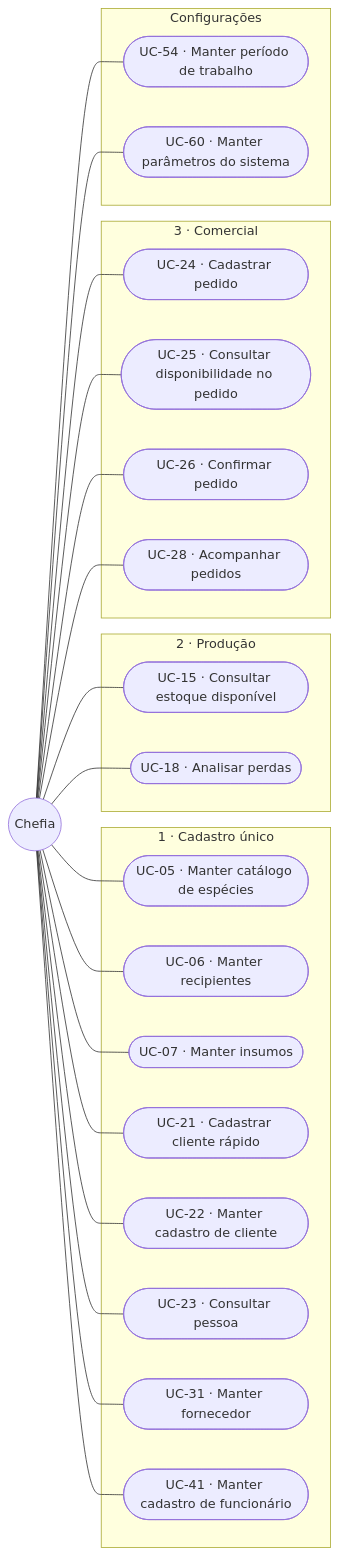
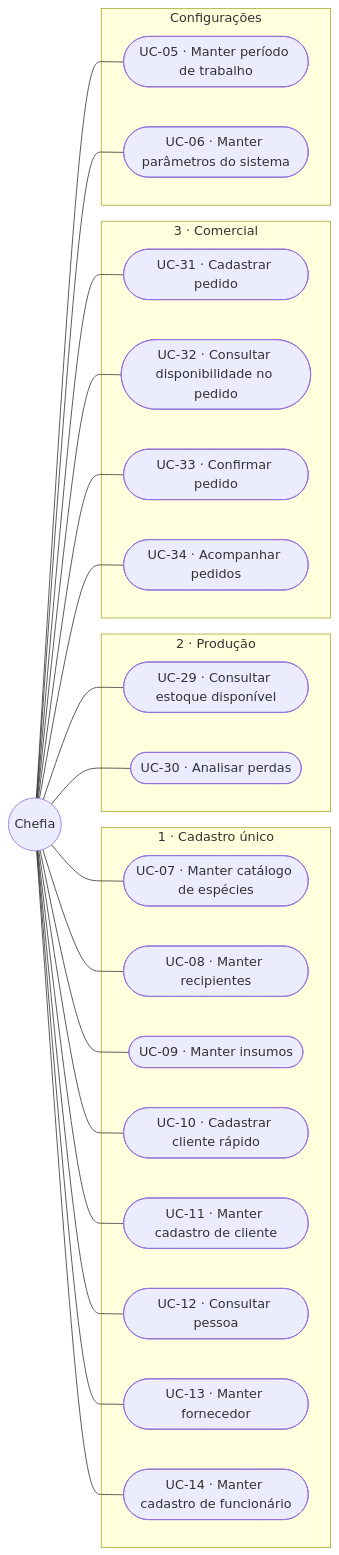
The second of 4 diagrams in docs/engenharia/C-modelagem/C1-diagrama-casos-de-uso.md (JoaoMudar/tcc), drawn with Mermaid before and after one commit. The commit also changed other lines of this file and 53 other files, not shown here.

````diff
--- a/docs/engenharia/C-modelagem/C1-diagrama-casos-de-uso.md
+++ b/docs/engenharia/C-modelagem/C1-diagrama-casos-de-uso.md
@@ -117,49 +117,49 @@
 ```mermaid
 graph LR
   CH(("Chefia"))
 
   subgraph M1["1 · Cadastro único"]
-    UC05(["UC-05 · Manter catálogo de espécies"])
-    UC06(["UC-06 · Manter recipientes"])
-    UC07(["UC-07 · Manter insumos"])
-    UC21(["UC-21 · Cadastrar cliente rápido"])
-    UC22(["UC-22 · Manter cadastro de cliente"])
-    UC23(["UC-23 · Consultar pessoa"])
-    UC31(["UC-31 · Manter fornecedor"])
-    UC41(["UC-41 · Manter cadastro de funcionário"])
+    UC05(["UC-07 · Manter catálogo de espécies"])
+    UC06(["UC-08 · Manter recipientes"])
+    UC07(["UC-09 · Manter insumos"])
+    UC21(["UC-10 · Cadastrar cliente rápido"])
+    UC22(["UC-11 · Manter cadastro de cliente"])
+    UC23(["UC-12 · Consultar pessoa"])
+    UC31(["UC-13 · Manter fornecedor"])
+    UC41(["UC-14 · Manter cadastro de funcionário"])
   end
 
   subgraph M2["2 · Produção"]
-    UC15(["UC-15 · Consultar estoque disponível"])
-    UC18(["UC-18 · Analisar perdas"])
+    UC15(["UC-29 · Consultar estoque disponível"])
+    UC18(["UC-30 · Analisar perdas"])
   end
 
   subgraph M3["3 · Comercial"]
-    UC24(["UC-24 · Cadastrar pedido"])
-    UC25(["UC-25 · Consultar disponibilidade no pedido"])
-    UC26(["UC-26 · Confirmar pedido"])
-    UC28(["UC-28 · Acompanhar pedidos"])
+    UC24(["UC-31 · Cadastrar pedido"])
+    UC25(["UC-32 · Consultar disponibilidade no pedido"])
+    UC26(["UC-33 · Confirmar pedido"])
+    UC28(["UC-34 · Acompanhar pedidos"])
   end
 
   subgraph CFG["Configurações"]
-    UC54(["UC-54 · Manter período de trabalho"])
-    UC60(["UC-60 · Manter parâmetros do sistema"])
+    UC54(["UC-05 · Manter período de trabalho"])
+    UC60(["UC-06 · Manter parâmetros do sistema"])
   end
 
   CH --- UC05
   CH --- UC06
   CH --- UC07
   CH --- UC21
   CH --- UC22
   CH --- UC23
   CH --- UC31
   CH --- UC41
   CH --- UC15
   CH --- UC18
   CH --- UC24
   CH --- UC25
   CH --- UC26
   CH --- UC28
   CH --- UC54
   CH --- UC60
 ```
````
